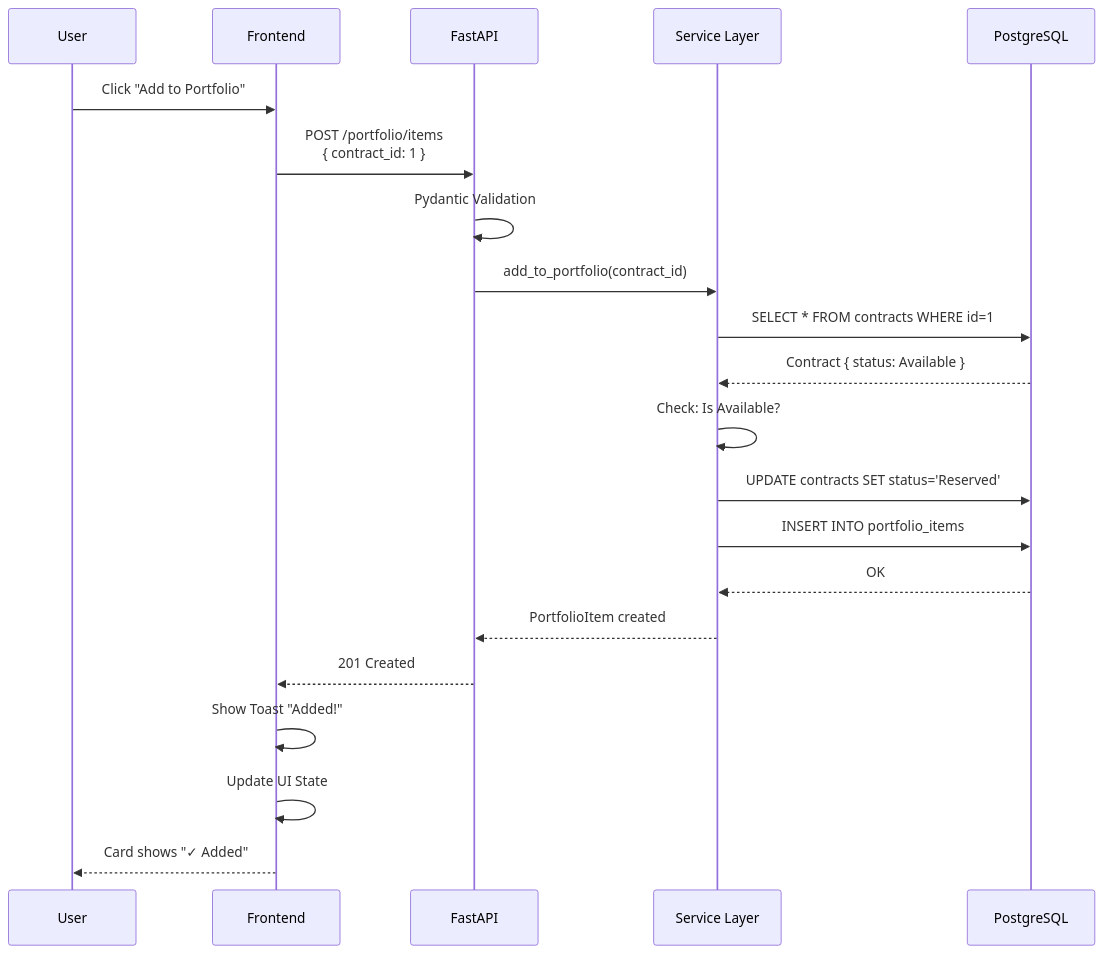
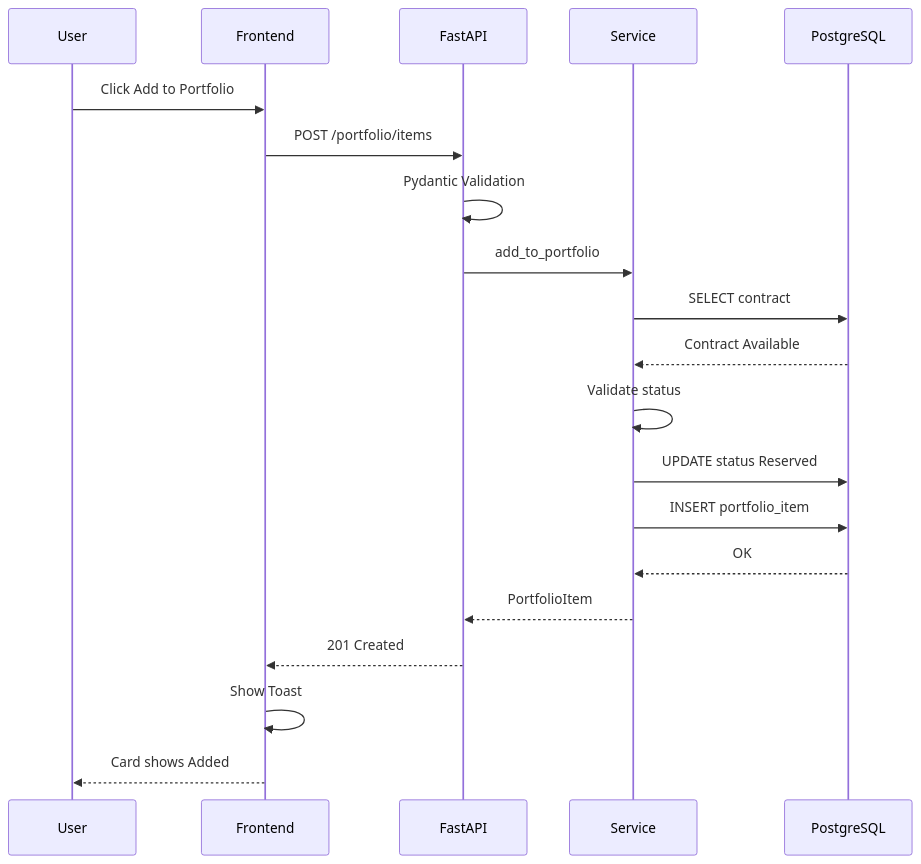
One commit to Mertsukusu/energy-marketplace-platform changed the second of 7 diagrams in README.md. Above: the diagram before and after it, drawn with Mermaid. The commit also changed other lines of this file, not shown here.

Commit message:
fix: Correct Mermaid diagram syntax errors

````diff
--- a/README.md
+++ b/README.md
@@ -204,24 +204,23 @@
 ```mermaid
 sequenceDiagram
     participant U as User
     participant F as Frontend
     participant A as FastAPI
-    participant S as Service Layer
+    participant S as Service
     participant D as PostgreSQL
 
-    U->>F: Click "Add to Portfolio"
-    F->>A: POST /portfolio/items<br/>{ contract_id: 1 }
+    U->>F: Click Add to Portfolio
+    F->>A: POST /portfolio/items
     A->>A: Pydantic Validation
-    A->>S: add_to_portfolio(contract_id)
-    S->>D: SELECT * FROM contracts WHERE id=1
-    D-->>S: Contract { status: Available }
-    S->>S: Check: Is Available?
-    S->>D: UPDATE contracts SET status='Reserved'
-    S->>D: INSERT INTO portfolio_items
+    A->>S: add_to_portfolio
+    S->>D: SELECT contract
+    D-->>S: Contract Available
+    S->>S: Validate status
+    S->>D: UPDATE status Reserved
+    S->>D: INSERT portfolio_item
     D-->>S: OK
-    S-->>A: PortfolioItem created
+    S-->>A: PortfolioItem
     A-->>F: 201 Created
-    F->>F: Show Toast "Added!"
-    F->>F: Update UI State
-    F-->>U: Card shows "✓ Added"
+    F->>F: Show Toast
+    F-->>U: Card shows Added
 ```
````
